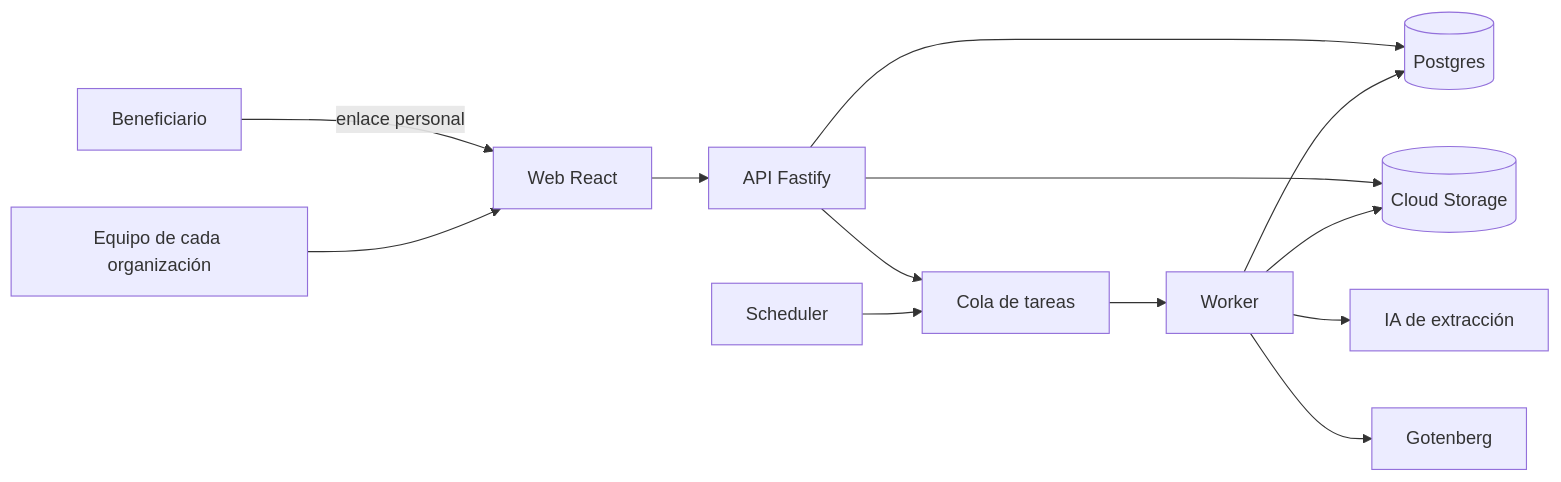
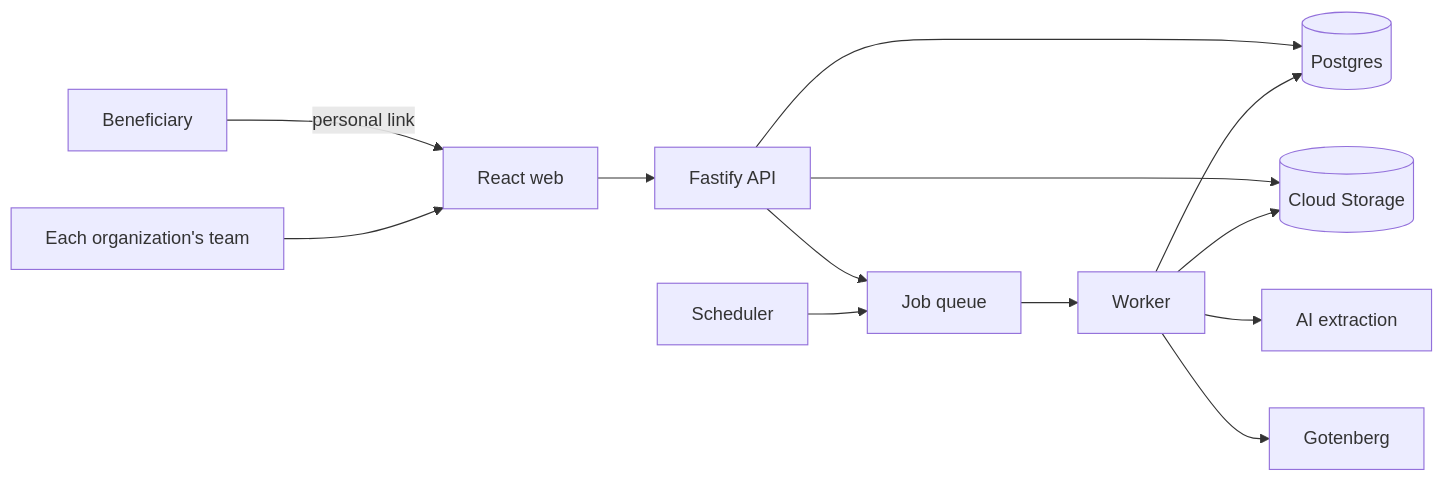
The third of 3 diagrams in PROJECT.md (daykelm/certia), drawn with Mermaid before and after one commit. The commit also changed other lines of this file and 3 other files, not shown here.

````diff
--- a/PROJECT.md
+++ b/PROJECT.md
@@ -145,15 +146,15 @@
 ```mermaid
 flowchart LR
-    B[Beneficiario] -->|enlace personal| WEB
-    U[Equipo de cada organización] --> WEB[Web React]
-    WEB --> API[API Fastify]
+    B[Beneficiary] -->|personal link| WEB
+    U[Each organization's team] --> WEB[React web]
+    WEB --> API[Fastify API]
     API --> DB[(Postgres)]
     API --> GCS[(Cloud Storage)]
-    API --> Q[Cola de tareas]
+    API --> Q[Job queue]
     Q --> W[Worker]
-    W --> AI[IA de extracción]
+    W --> AI[AI extraction]
     W --> GOT[Gotenberg]
     W --> DB
     W --> GCS
     SCH[Scheduler] --> Q
 ```
````
